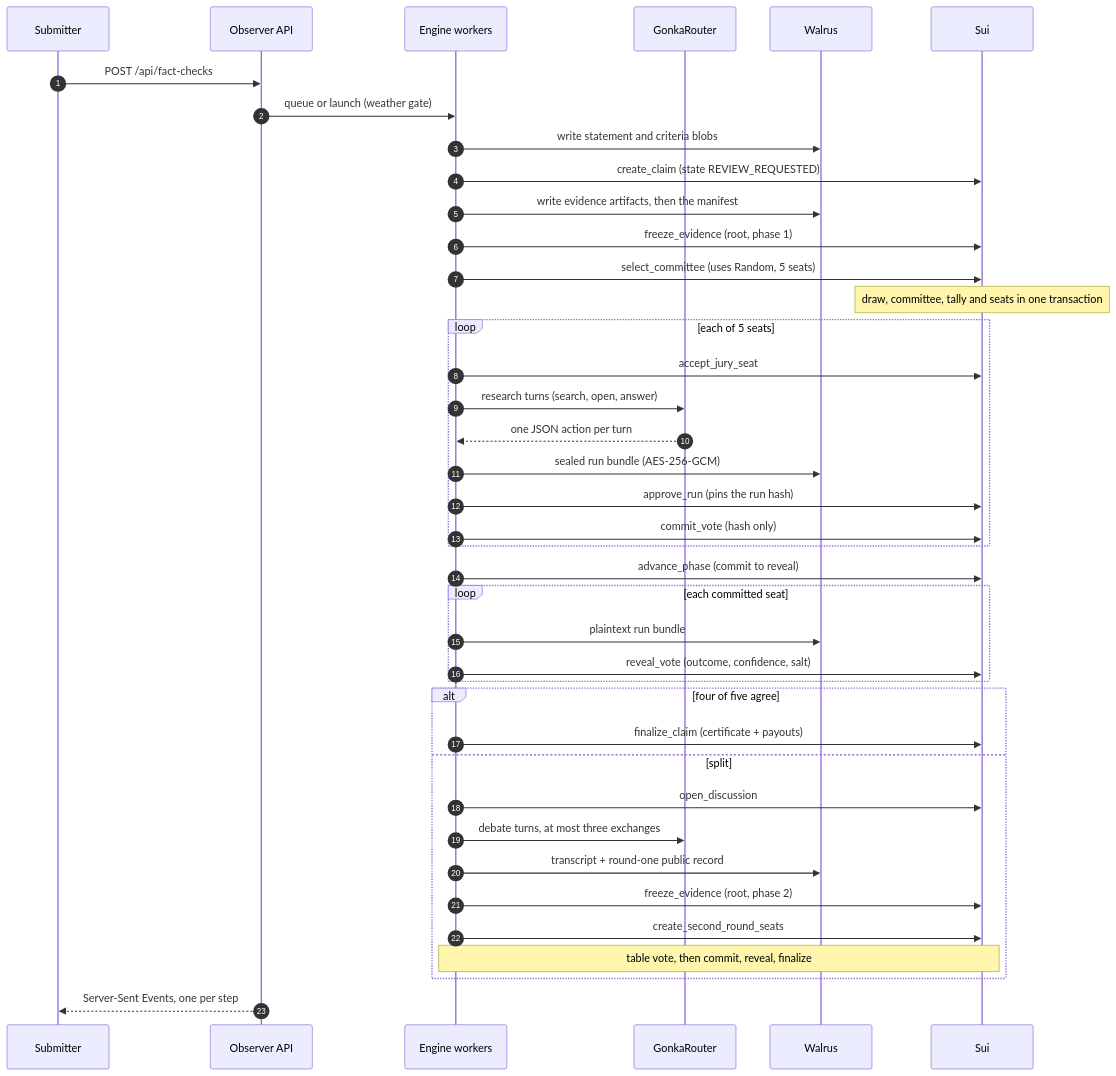
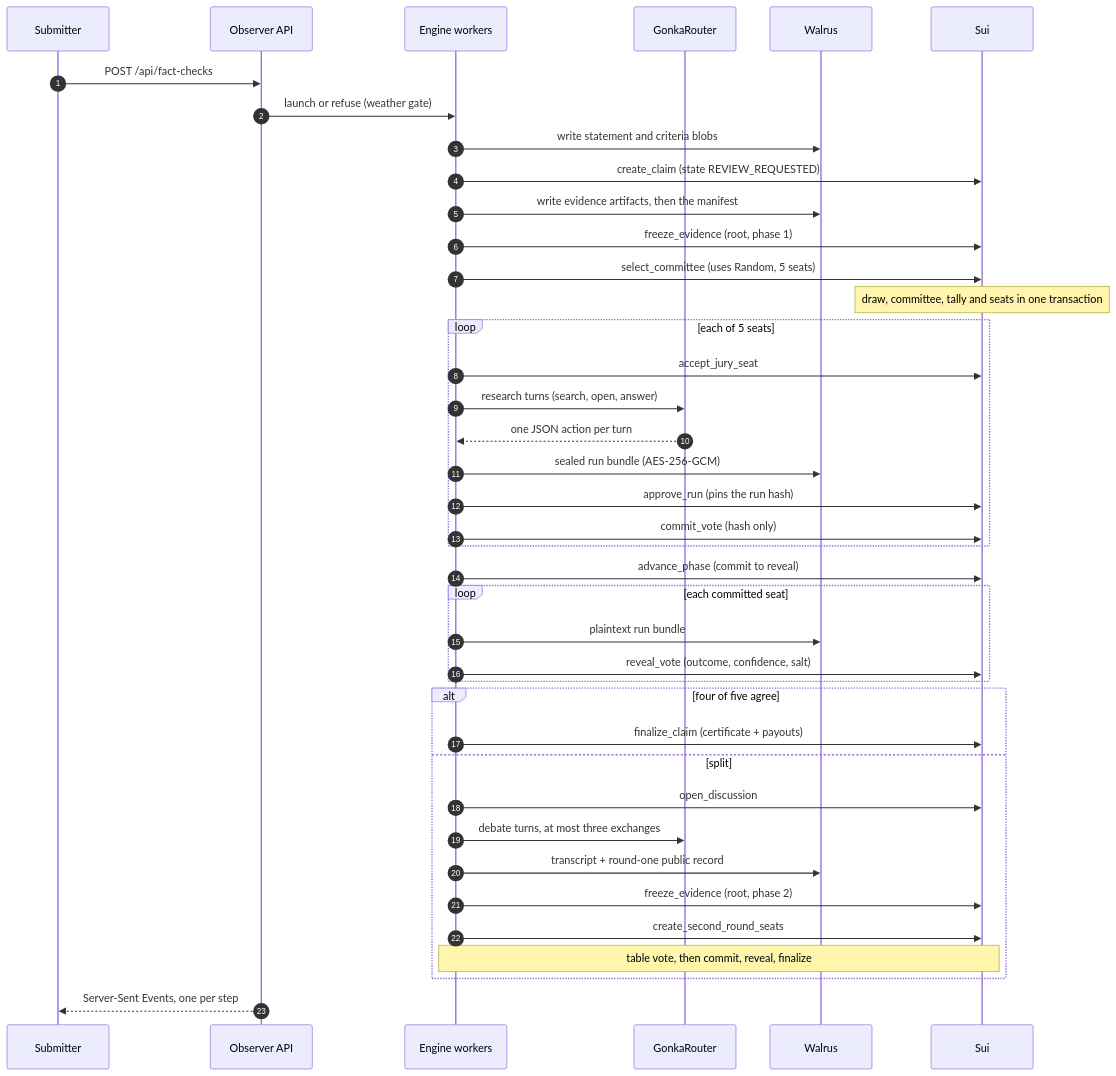
One commit to Marcussy34/OpenVerdict changed the second of 6 diagrams in docs/site/how-a-verdict-happens.md. Above: the diagram before and after it, drawn with Mermaid. The commit also changed other lines of this file and 82 other files, not shown here.

````diff
--- a/docs/site/how-a-verdict-happens.md
+++ b/docs/site/how-a-verdict-happens.md
@@ -78,43 +78,43 @@
 ```mermaid
 sequenceDiagram
     autonumber
     participant U as Submitter
     participant API as Observer API
     participant E as Engine workers
     participant G as GonkaRouter
     participant W as Walrus
     participant S as Sui
 
     U->>API: POST /api/fact-checks
-    API->>E: queue or launch (weather gate)
+    API->>E: launch or refuse (weather gate)
     E->>W: write statement and criteria blobs
     E->>S: create_claim (state REVIEW_REQUESTED)
     E->>W: write evidence artifacts, then the manifest
     E->>S: freeze_evidence (root, phase 1)
     E->>S: select_committee (uses Random, 5 seats)
     Note over S: draw, committee, tally and seats in one transaction
     loop each of 5 seats
         E->>S: accept_jury_seat
         E->>G: research turns (search, open, answer)
         G-->>E: one JSON action per turn
         E->>W: sealed run bundle (AES-256-GCM)
         E->>S: approve_run (pins the run hash)
         E->>S: commit_vote (hash only)
     end
     E->>S: advance_phase (commit to reveal)
     loop each committed seat
         E->>W: plaintext run bundle
         E->>S: reveal_vote (outcome, confidence, salt)
     end
     alt four of five agree
         E->>S: finalize_claim (certificate + payouts)
     else split
         E->>S: open_discussion
         E->>G: debate turns, at most three exchanges
         E->>W: transcript + round-one public record
         E->>S: freeze_evidence (root, phase 2)
         E->>S: create_second_round_seats
         Note over E,S: table vote, then commit, reveal, finalize
     end
     API-->>U: Server-Sent Events, one per step
 ```
````
